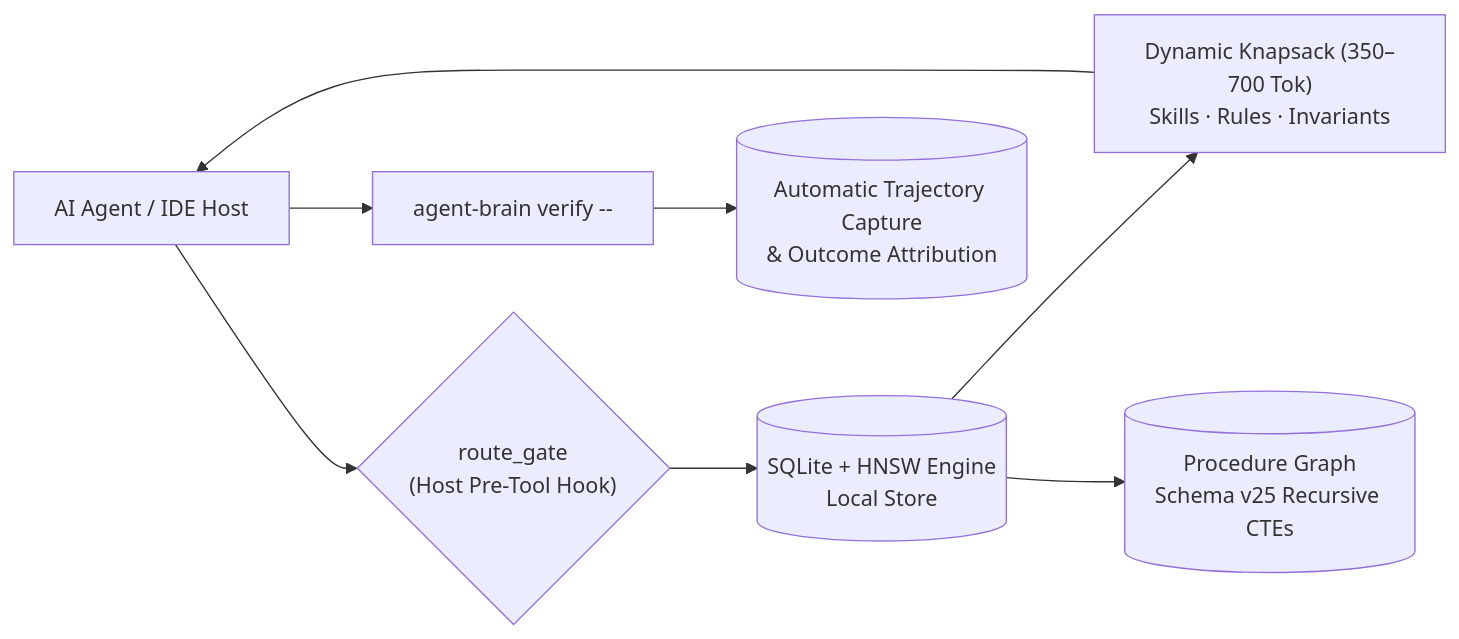
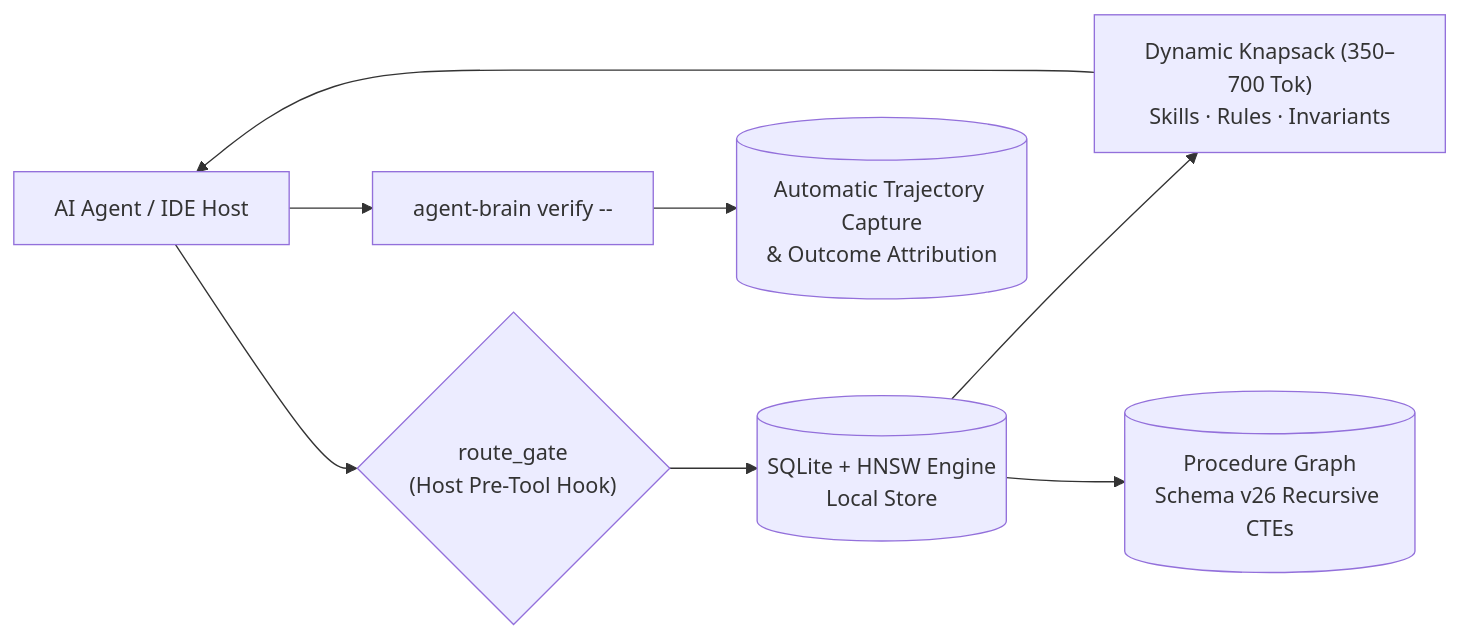
One commit to autonomic-ai-dev/agent-brain changed the diagram in README.md. Above: the diagram before and after it, drawn with Mermaid. The commit also changed other lines of this file and 13 other files, not shown here.

````diff
--- a/README.md
+++ b/README.md
@@ -16,10 +16,10 @@
 ```mermaid
 flowchart LR
     Host["AI Agent / IDE Host"] --> Gate{"route_gate<br/>(Host Pre-Tool Hook)"}
     Gate --> Engine[("SQLite + HNSW Engine<br/>Local Store")]
     Engine --> Context["Dynamic Knapsack (350–700 Tok)<br/>Skills · Rules · Invariants"]
-    Engine --> Graph[("Procedure Graph<br/>Schema v25 Recursive CTEs")]
+    Engine --> Graph[("Procedure Graph<br/>Schema v26 Recursive CTEs")]
     Context --> Host
     Host --> Verify["agent-brain verify -- <cmd>"]
     Verify --> Trajectory[("Automatic Trajectory Capture<br/>& Outcome Attribution")]
 ```
````
